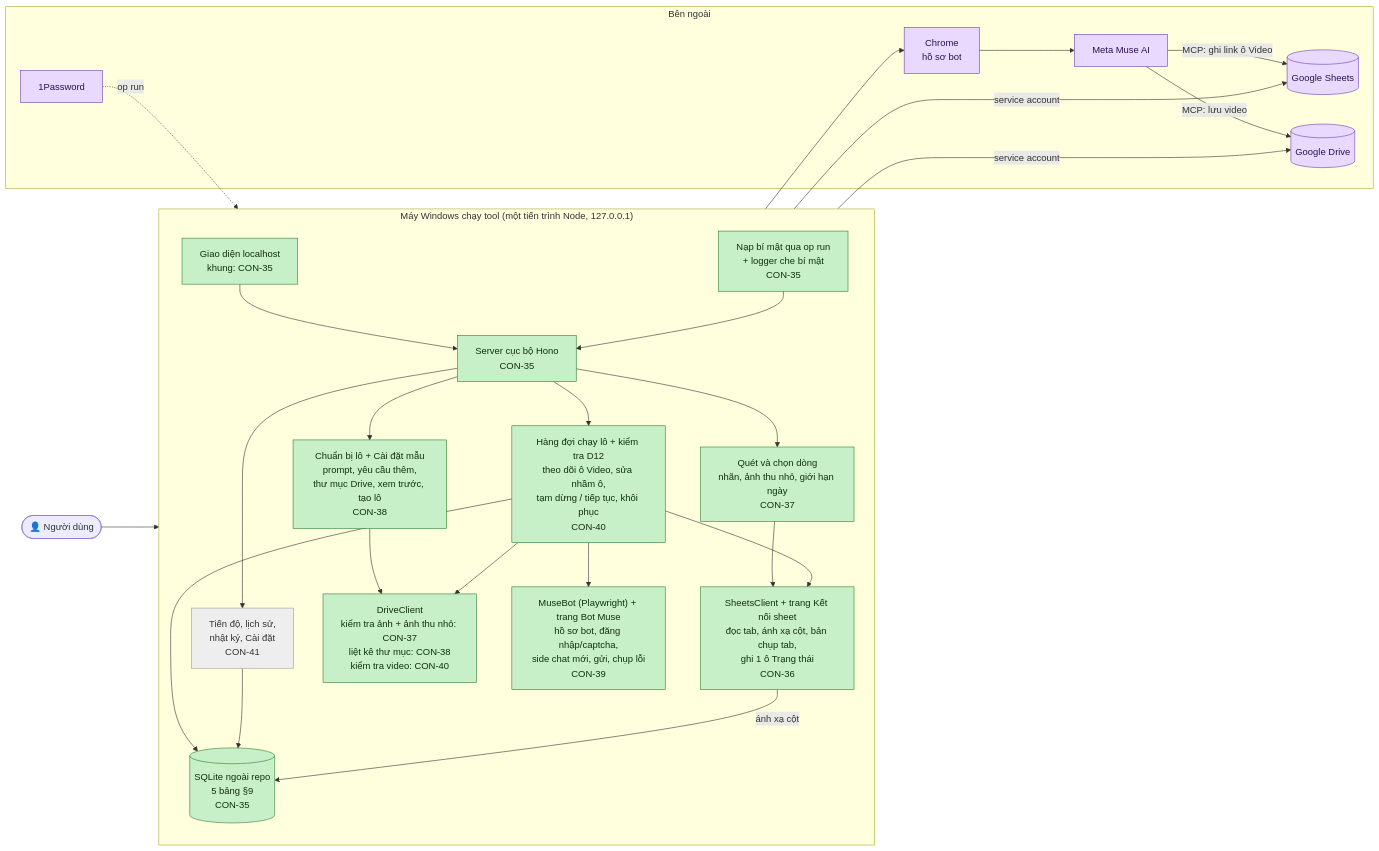
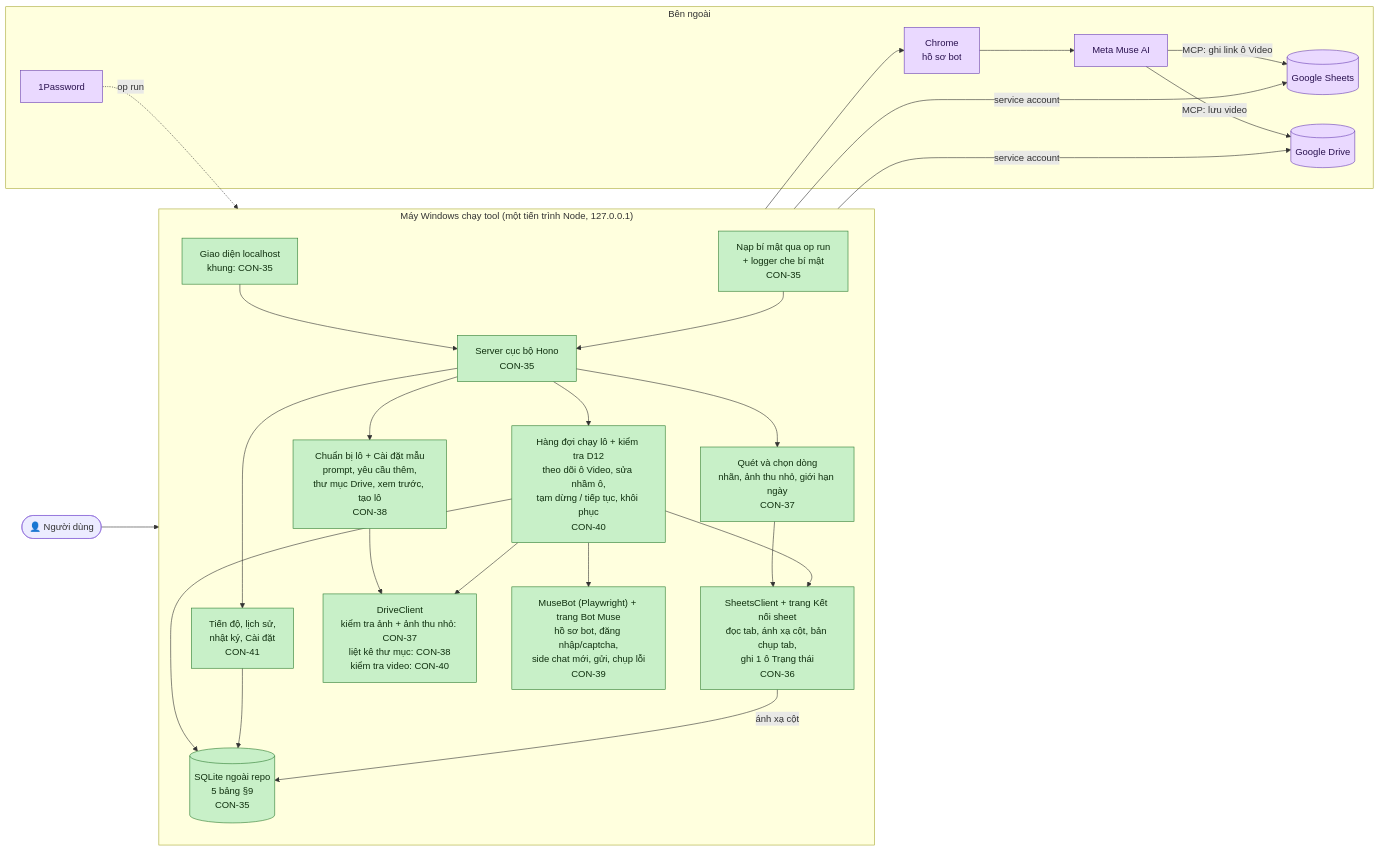
One commit to Bach1711/MASYS-VIDEO-GENERATOR changed the diagram in TIEN-DO.md. Above: the diagram before and after it, drawn with Mermaid. The commit also changed other lines of this file and 17 other files, not shown here.

````diff
--- a/TIEN-DO.md
+++ b/TIEN-DO.md
@@ -17,57 +17,57 @@
 ```mermaid
 flowchart LR
     user(["👤 Người dùng"])
 
     subgraph PC["Máy Windows chạy tool (một tiến trình Node, 127.0.0.1)"]
         direction TB
         ui["Giao diện localhost<br/>khung: CON-35"]
         server["Server cục bộ Hono<br/>CON-35"]
         secrets["Nạp bí mật qua op run<br/>+ logger che bí mật<br/>CON-35"]
         db[("SQLite ngoài repo<br/>5 bảng §9<br/>CON-35")]
 
         sheet["SheetsClient + trang Kết nối sheet<br/>đọc tab, ánh xạ cột, bản chụp tab,<br/>ghi 1 ô Trạng thái<br/>CON-36"]
         scan["Quét và chọn dòng<br/>nhãn, ảnh thu nhỏ, giới hạn ngày<br/>CON-37"]
         editor["Chuẩn bị lô + Cài đặt mẫu<br/>prompt, yêu cầu thêm,<br/>thư mục Drive, xem trước, tạo lô<br/>CON-38"]
         bot["MuseBot (Playwright) + trang Bot Muse<br/>hồ sơ bot, đăng nhập/captcha,<br/>side chat mới, gửi, chụp lỗi<br/>CON-39"]
         queue["Hàng đợi chạy lô + kiểm tra D12<br/>theo dõi ô Video, sửa nhầm ô,<br/>tạm dừng / tiếp tục, khôi phục<br/>CON-40"]
         drive["DriveClient<br/>kiểm tra ảnh + ảnh thu nhỏ: CON-37<br/>liệt kê thư mục: CON-38<br/>kiểm tra video: CON-40"]
         progress["Tiến độ, lịch sử,<br/>nhật ký, Cài đặt<br/>CON-41"]
     end
 
     subgraph EXT["Bên ngoài"]
         gsheets[("Google Sheets")]
         gdrive[("Google Drive")]
         chrome["Chrome<br/>hồ sơ bot"]
         muse["Meta Muse AI"]
         op["1Password"]
     end
 
     user --> ui --> server
     server --> scan & editor & progress
     scan --> sheet
     editor --> drive
     server --> queue
     queue --> sheet & drive & bot
     queue --> db
     progress --> db
     sheet -- "ánh xạ cột" --> db
     sheet -- "service account" --> gsheets
     drive -- "service account" --> gdrive
     bot --> chrome --> muse
     muse -- "MCP: lưu video" --> gdrive
     muse -- "MCP: ghi link ô Video" --> gsheets
     op -. "op run" .-> secrets --> server
 
     classDef done fill:#c8f0c8,stroke:#2e7d32,color:#10300f
     classDef review fill:#cfe3ff,stroke:#1f5fbf,color:#0c2550
     classDef doing fill:#fff1b8,stroke:#b38600,color:#3d2e00
     classDef todo fill:#eeeeee,stroke:#9e9e9e,color:#333333
     classDef ext fill:#ead9ff,stroke:#6a3fb5,color:#2a1250
 
     class ui,server,secrets,db,sheet,scan,editor done
     class drive done
     class bot done
     class queue done
-    class progress todo
+    class progress done
     class gsheets,gdrive,chrome,muse,op ext
 ```
````
